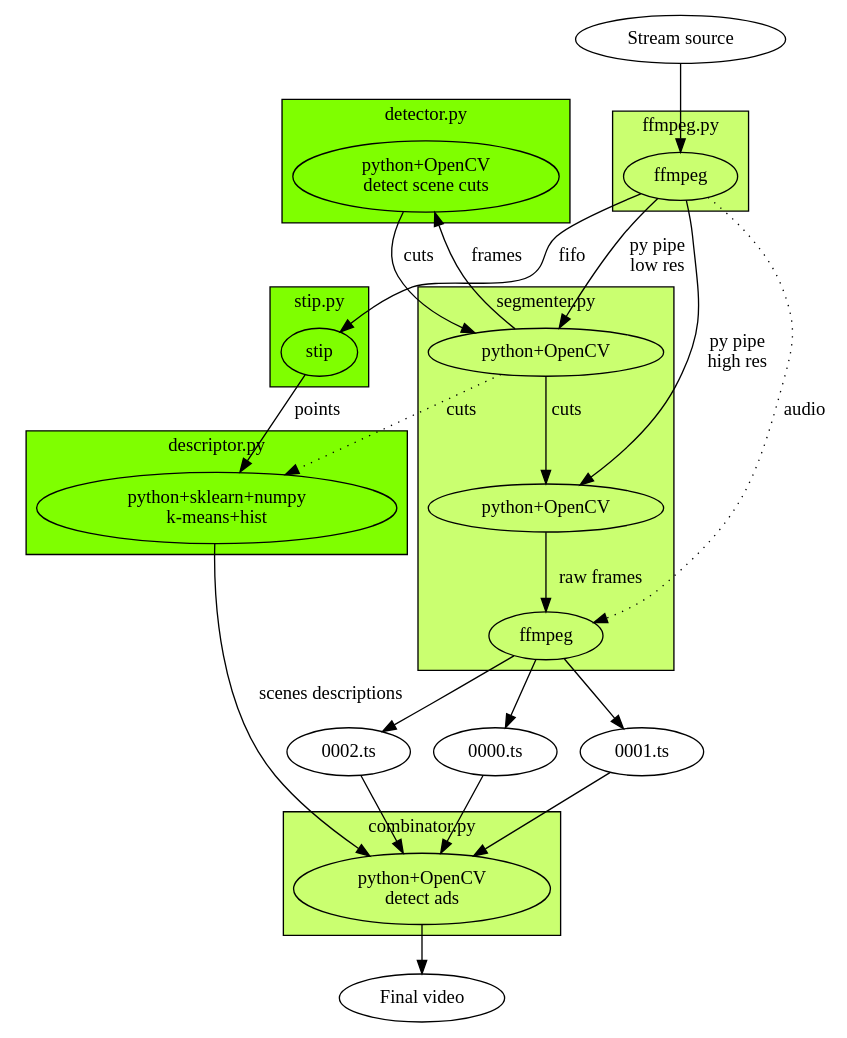
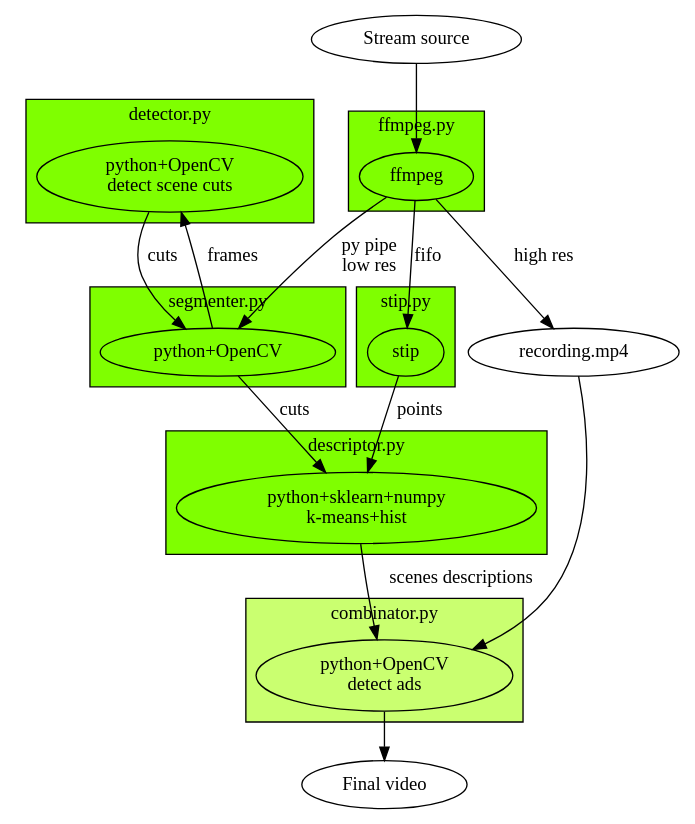
One commit to ilyaluk/detect_ads changed the diagram in graph.gv. Above: the diagram before and after it, drawn with Graphviz. The commit also changed 7 other files, not shown here.

```diff
--- a/graph.gv
+++ b/graph.gv
@@ -1,59 +1,47 @@
 digraph G {
 	subgraph cluster_0 {
 		a0[label="ffmpeg"];
 		label = "ffmpeg.py";
-		bgcolor = "darkolivegreen1";
+		bgcolor = "chartreuse";
 	}
 	subgraph cluster_1 {
 		b0[label="stip"];
 		label = "stip.py";
 		bgcolor = "chartreuse";
 	}
 	subgraph cluster_2 {
 		f0[label="python+OpenCV\ndetect scene cuts"];
 		label = "detector.py";
 		bgcolor = "chartreuse";
 	}
 	subgraph cluster_3 {
 		d0[label="python+OpenCV\n"];
-		d1[label="python+OpenCV\n"];
-		d2[label="ffmpeg\n"];
-		d0 -> d1[label="cuts"];
-		d1 -> d2[label="raw frames"];
 		label = "segmenter.py";
-		bgcolor = "darkolivegreen1";
+		bgcolor = "chartreuse";
 	}
 	subgraph cluster_4 {
 		e0[label="python+OpenCV\ndetect ads"];
 		label = "combinator.py";
 		bgcolor = "darkolivegreen1";
 	}
 	subgraph cluster_5 {
 		c0[label="python+sklearn+numpy\nk-means+hist"];
 		label = "descriptor.py";
 		bgcolor = "chartreuse";
 	}
 
 	ss[label="Stream source"]
 	ss -> a0;
 	a0 -> b0[label="fifo"];
 	b0 -> c0[label="points"];
 	a0 -> d0[label="py pipe\nlow res"];
-	a0 -> d1[label="py pipe\nhigh res"];
+	a0 -> d3[label="high res"];
 	d3 -> e0;
-	d4 -> e0;
-	d5 -> e0;
 	c0 -> e0[label="scenes descriptions"];
 	d0 -> f0[label="frames"];
 	f0 -> d0[label="cuts"];
-	a0 -> d2[label="audio",style="dotted"]
-	d0 -> c0[label="cuts",style="dotted"]
-	d3[label="0000.ts"];
-	d4[label="0001.ts"];
-	d5[label="0002.ts"];
-	d2 -> d3;
-	d2 -> d4;
-	d2 -> d5;
+	d0 -> c0[label="cuts"]
+	d3[label="recording.mp4"];
 	fv[label="Final video"];
 	e0 -> fv;
 }
```
